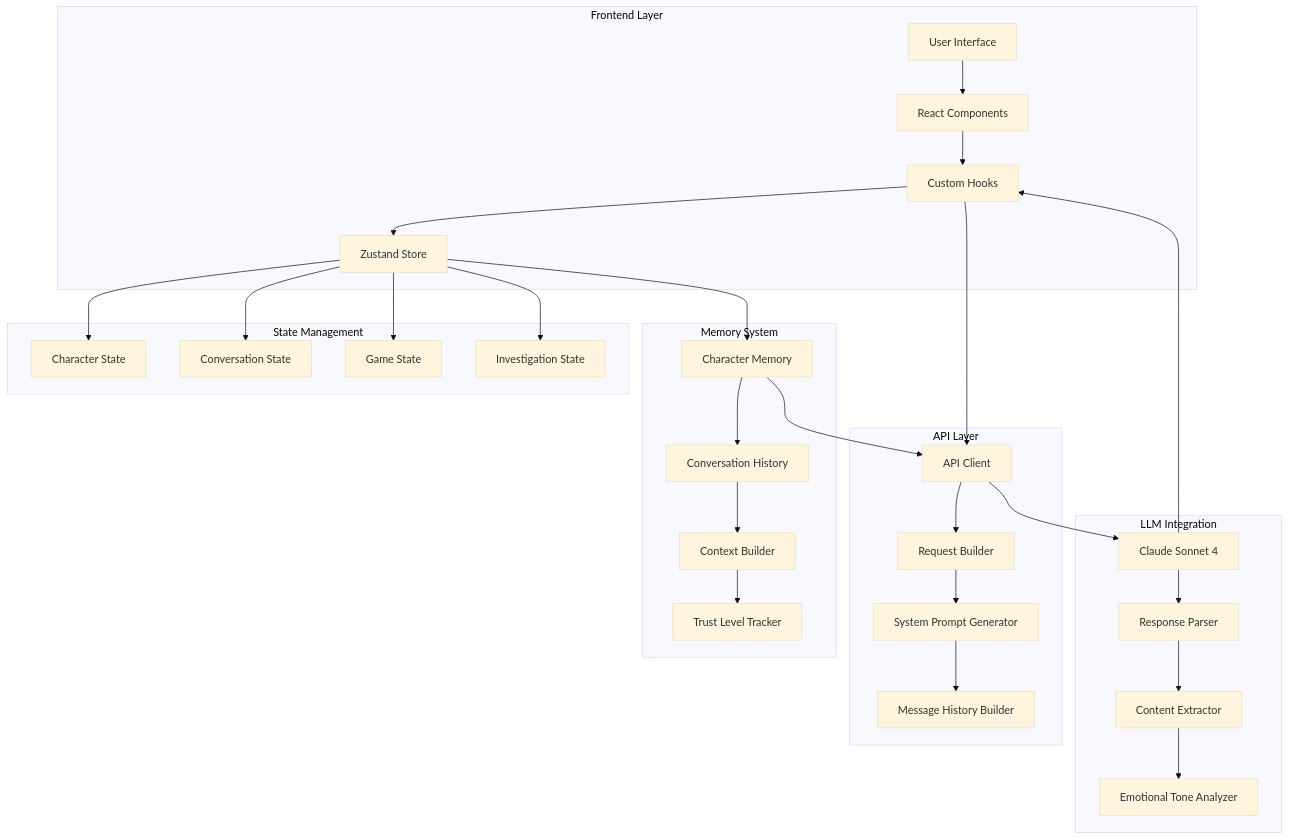
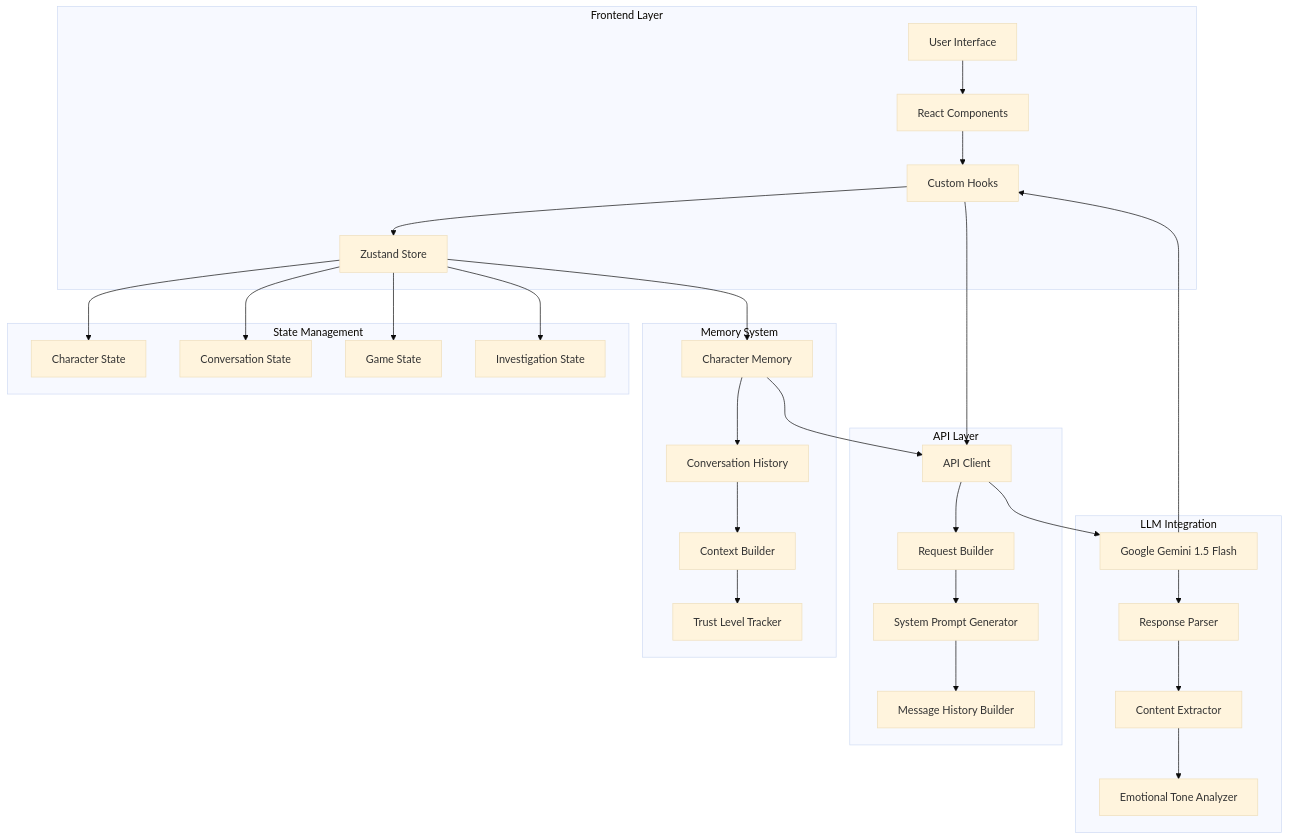
Before and after one commit to surebabu2007/blackwood-chat-app: the diagram in TECHNICAL_IMPLEMENTATION.md, drawn with Mermaid (base theme). The commit also changed other lines of this file and 15 other files, not shown here.

First line of the commit message:
Migrate from Claude/Zynga API to Google Gemini LLM

````diff
--- a/TECHNICAL_IMPLEMENTATION.md
+++ b/TECHNICAL_IMPLEMENTATION.md
@@ -37,39 +37,39 @@
 ```mermaid
 graph TB
     subgraph "Frontend Layer"
         A[User Interface] --> B[React Components]
         B --> C[Custom Hooks]
         C --> D[Zustand Store]
     end
     
     subgraph "State Management"
         D --> E[Character State]
         D --> F[Conversation State]
         D --> G[Game State]
         D --> H[Investigation State]
     end
     
     subgraph "API Layer"
         I[API Client] --> J[Request Builder]
         J --> K[System Prompt Generator]
         K --> L[Message History Builder]
     end
     
     subgraph "LLM Integration"
-        M[Claude Sonnet 4] --> N[Response Parser]
+        M[Google Gemini 1.5 Flash] --> N[Response Parser]
         N --> O[Content Extractor]
         O --> P[Emotional Tone Analyzer]
     end
     
     subgraph "Memory System"
         Q[Character Memory] --> R[Conversation History]
         R --> S[Context Builder]
         S --> T[Trust Level Tracker]
     end
     
     C --> I
     I --> M
     M --> C
     D --> Q
     Q --> I
 ```
````
